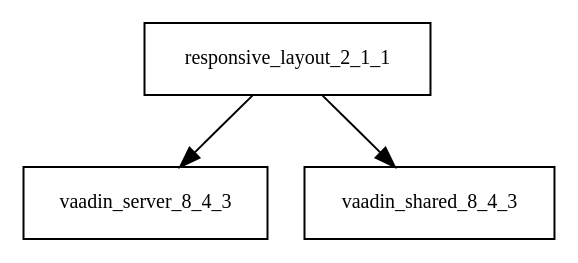
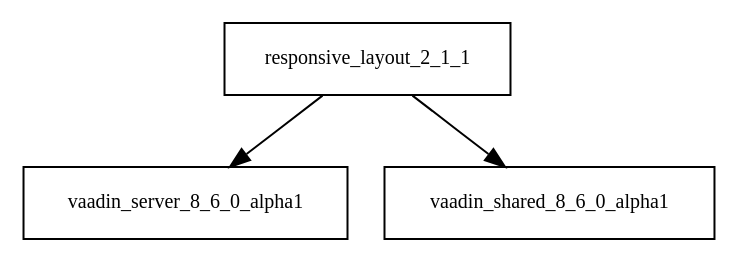
One commit to sjvs/cia changed the diagram in tattleTaleReport/graphviz/responsive-layout-2.1.1.jar/responsive-layout-2.1.1.jar.dot. Above: the diagram before and after it, drawn with Graphviz. The commit also changed 2737 other files, not shown here.

```diff
--- a/tattleTaleReport/graphviz/responsive-layout-2.1.1.jar/responsive-layout-2.1.1.jar.dot
+++ b/tattleTaleReport/graphviz/responsive-layout-2.1.1.jar/responsive-layout-2.1.1.jar.dot
@@ -1,5 +1,5 @@
 digraph responsive_layout_2_1_1_dependencies {
   node [shape = box, fontsize=10.0];
-  responsive_layout_2_1_1 -> vaadin_server_8_4_3;
-  responsive_layout_2_1_1 -> vaadin_shared_8_4_3;
+  responsive_layout_2_1_1 -> vaadin_server_8_6_0_alpha1;
+  responsive_layout_2_1_1 -> vaadin_shared_8_6_0_alpha1;
 }
```
